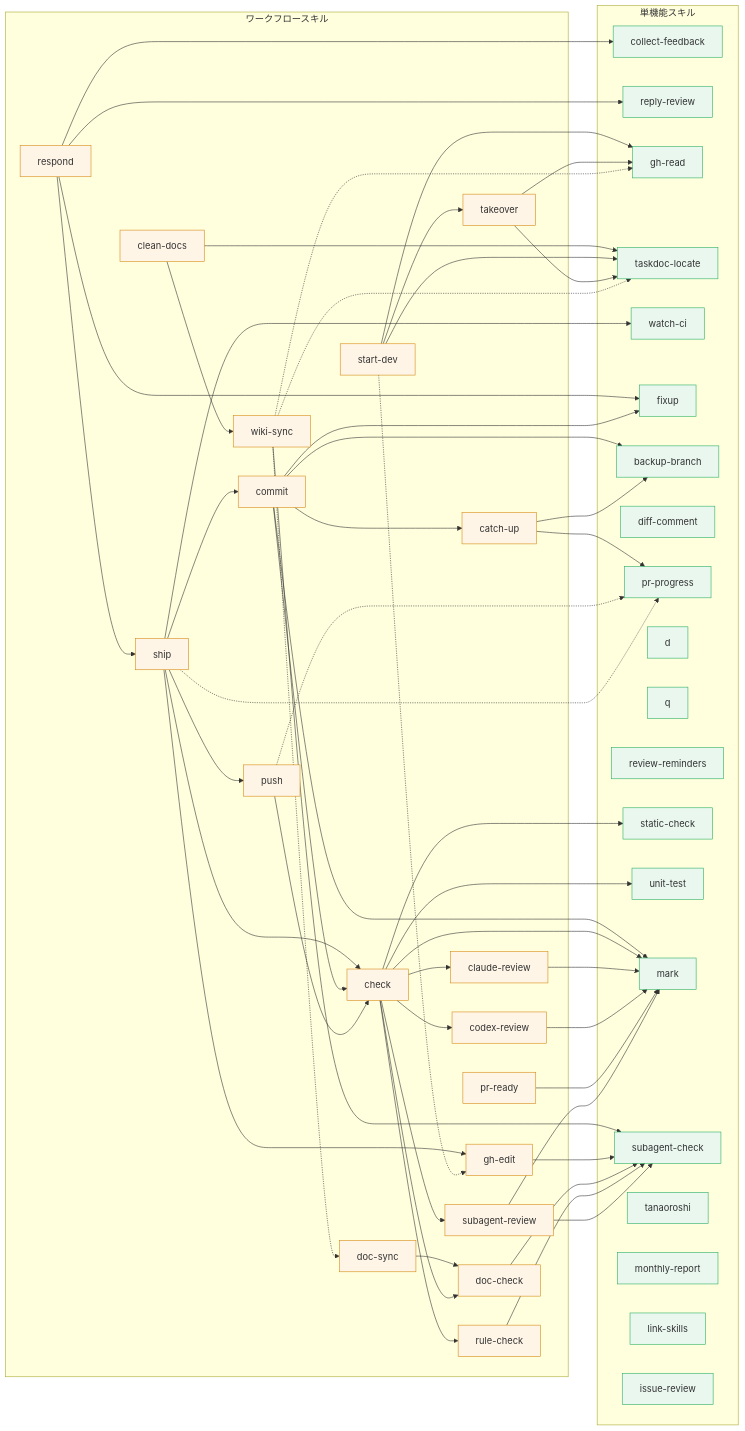
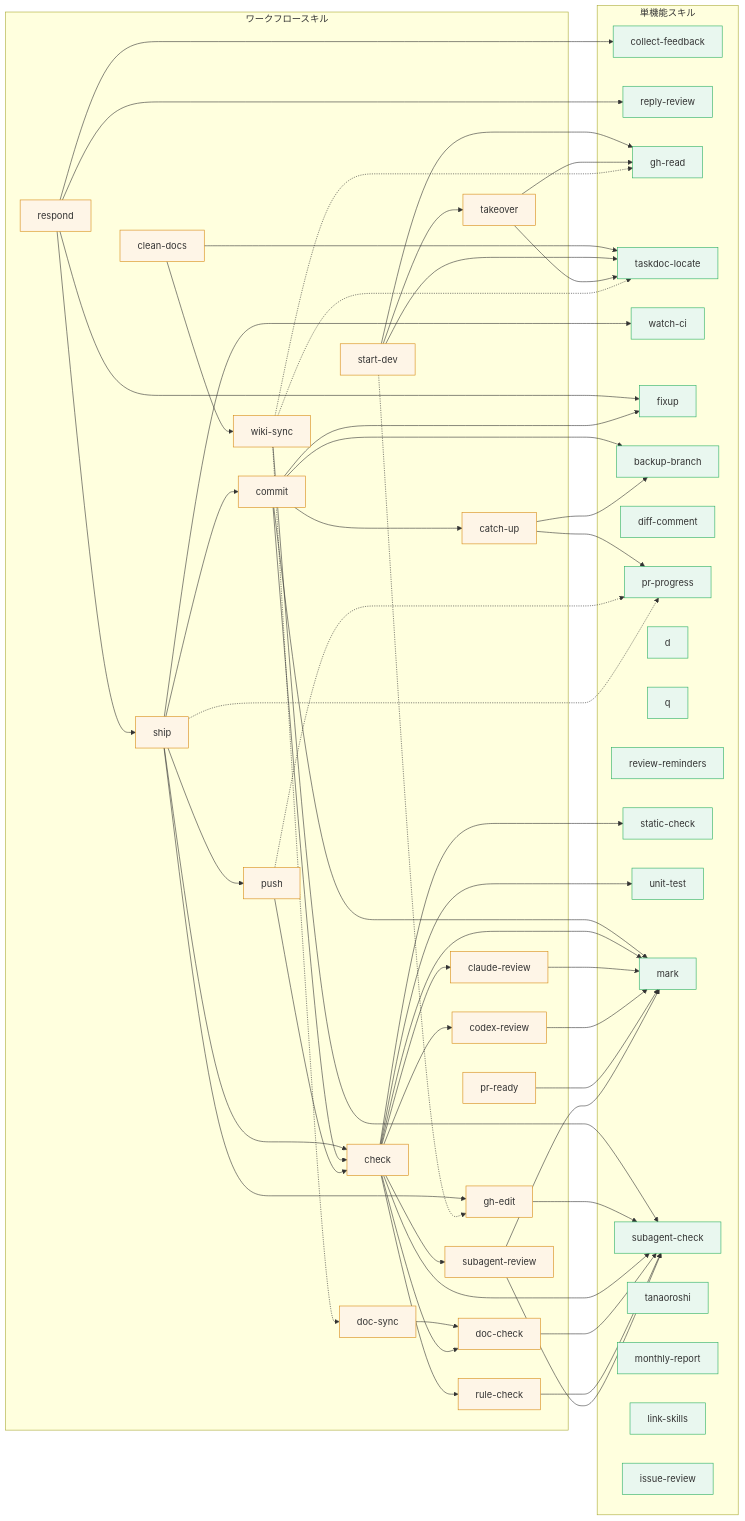
Before and after one commit to mistbind3u88/bonsai: the second of 2 diagrams in README.md, drawn with Mermaid. The commit also changed 17 other files, not shown here.

```diff
--- a/README.md
+++ b/README.md
@@ -178,6 +178,7 @@
     check --> unit-test
     check --> doc-check
     check --> rule-check
+    check --> subagent-check
     check --> claude-review
     check --> codex-review
     check --> subagent-review
```
